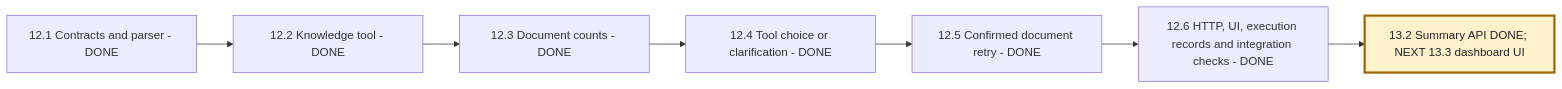
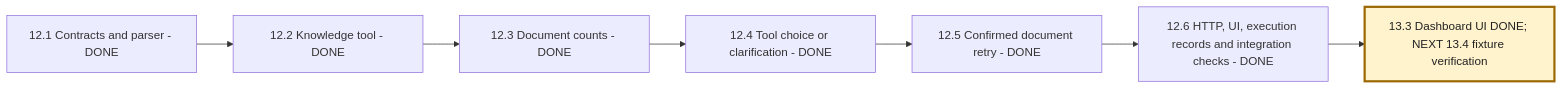
The fourth of 5 diagrams in NEXAAI_ROADMAP.md (msdian0007/nexaAi), drawn with Mermaid before and after one commit. The commit also changed other lines of this file and 22 other files, not shown here.

Commit message:
dashboard cards, dates and chart

````diff
--- a/NEXAAI_ROADMAP.md
+++ b/NEXAAI_ROADMAP.md
@@ -305,10 +306,10 @@
 ```mermaid
 flowchart LR
     A[12.1 Contracts and parser - DONE] --> B[12.2 Knowledge tool - DONE]
     B --> C[12.3 Document counts - DONE]
     C --> D[12.4 Tool choice or clarification - DONE]
     D --> E[12.5 Confirmed document retry - DONE]
     E --> F[12.6 HTTP, UI, execution records and integration checks - DONE]
-    F --> G[13.2 Summary API DONE; NEXT 13.3 dashboard UI]
+    F --> G[13.3 Dashboard UI DONE; NEXT 13.4 fixture verification]
     style G fill:#fff3cd,stroke:#9a6700,stroke-width:3px,color:#222
 ```
````
